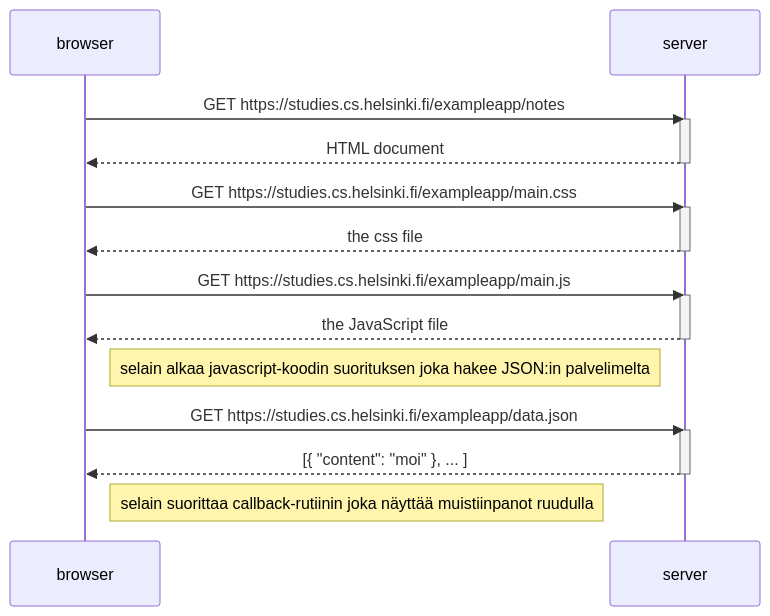
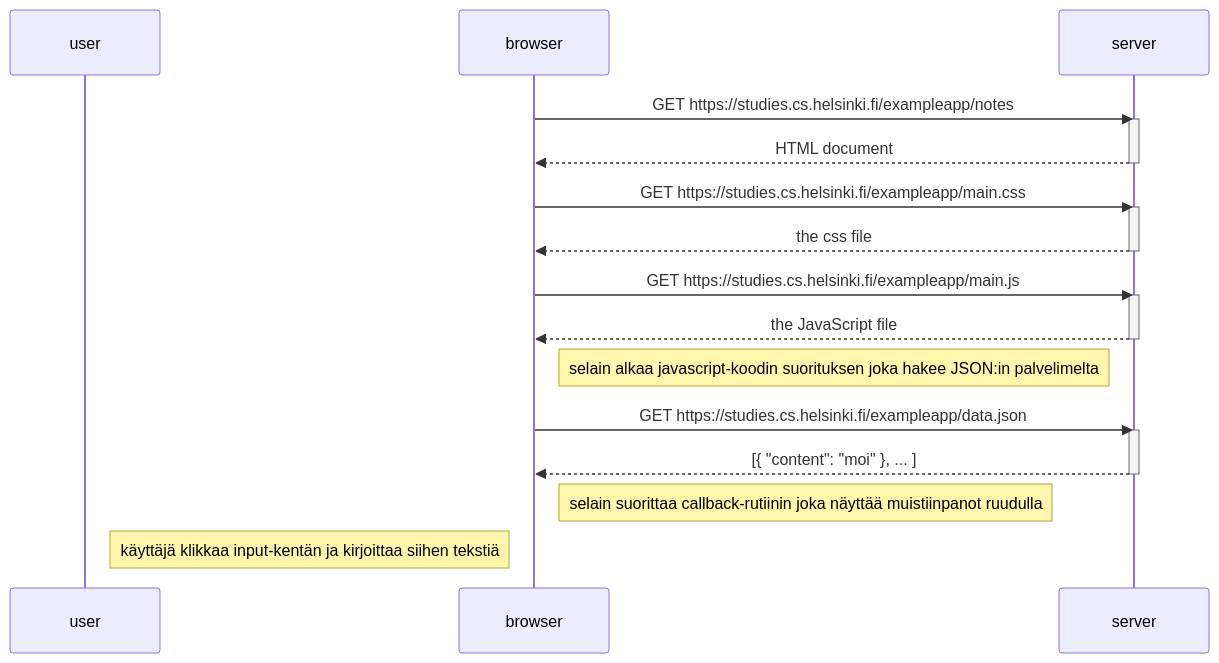
The diagram in mermaid-test6.md (moocjsi/mooc-harj03), drawn with Mermaid before and after one commit.

````diff
--- a/mermaid-test6.md
+++ b/mermaid-test6.md
@@ -1,29 +1,33 @@
 ```mermaid
 sequenceDiagram
+    participant user
     participant browser
     participant server
     
     browser->>server: GET https://studies.cs.helsinki.fi/exampleapp/notes
     activate server
     server-->>browser: HTML document
     deactivate server
 
     browser->>server: GET https://studies.cs.helsinki.fi/exampleapp/main.css
     activate server
     server-->>browser: the css file
     deactivate server
 
     browser->>server: GET https://studies.cs.helsinki.fi/exampleapp/main.js
     activate server
     server-->>browser: the JavaScript file
     deactivate server
 
     Note right of browser: selain alkaa  javascript-koodin suorituksen joka hakee JSON:in palvelimelta
 
     browser->>server: GET https://studies.cs.helsinki.fi/exampleapp/data.json
     activate server
     server-->>browser: [{ "content": "moi" }, ... ]
     deactivate server
 
     Note right of browser: selain suorittaa callback-rutiinin joka näyttää muistiinpanot ruudulla
+
+    Note right of user: käyttäjä klikkaa input-kentän ja kirjoittaa siihen tekstiä
+
 ```
````
